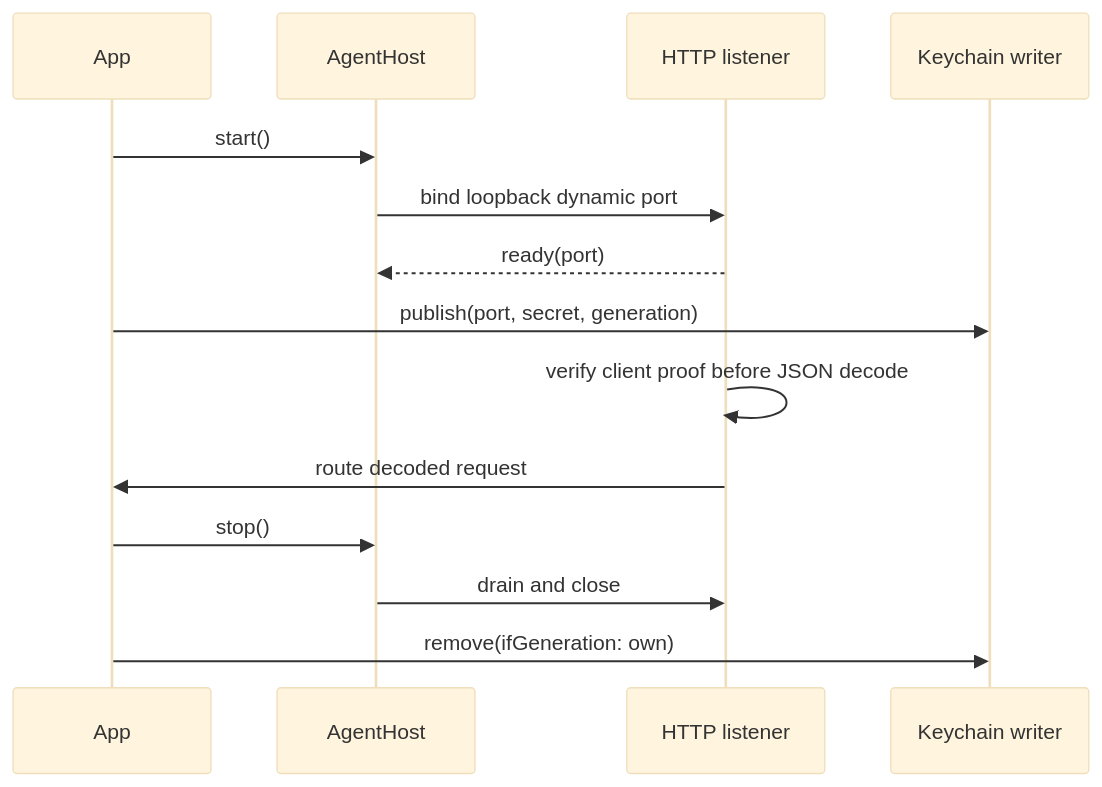
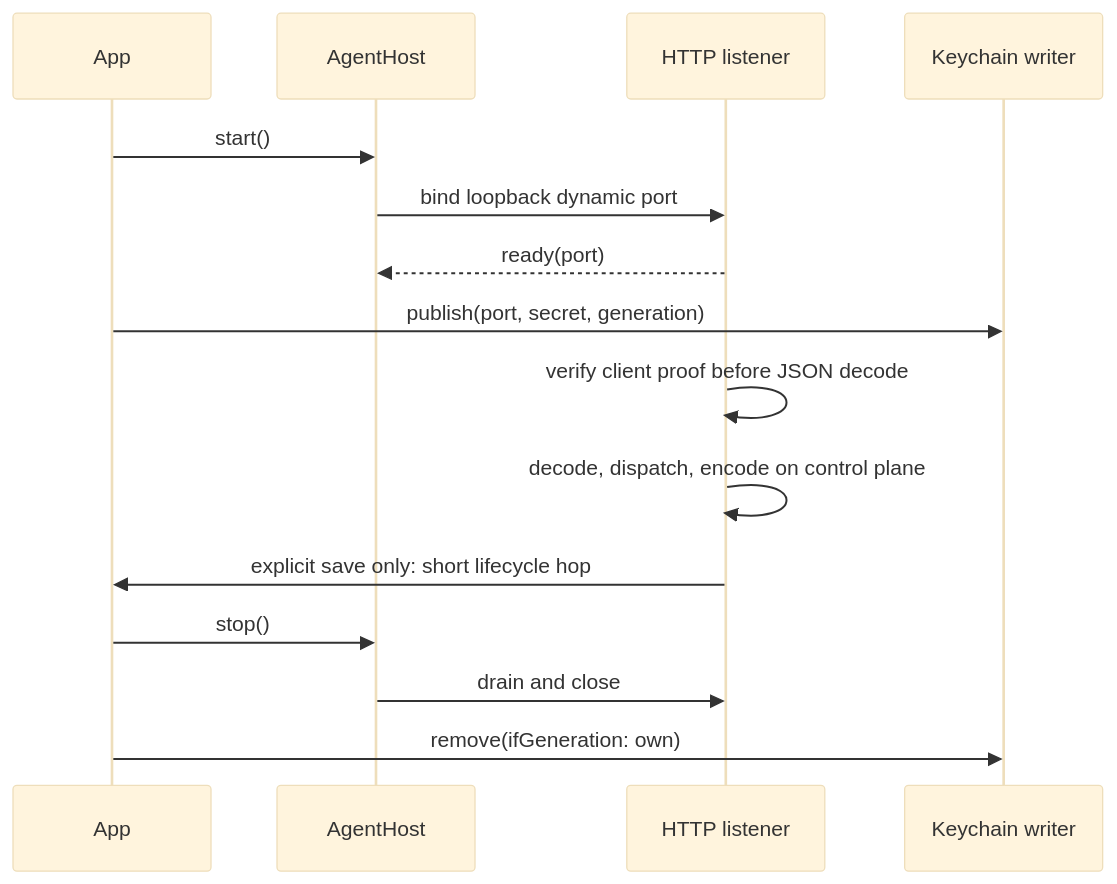
One commit to 1amageek/Rupa changed the second of 2 diagrams in RupaKit/Sources/RupaAgentUI/DESIGN.md. Above: the diagram before and after it, drawn with Mermaid (base theme). The commit also changed other lines of this file and 13 other files, not shown here.

````diff
--- a/RupaKit/Sources/RupaAgentUI/DESIGN.md
+++ b/RupaKit/Sources/RupaAgentUI/DESIGN.md
@@ -64,16 +78,17 @@
 ```mermaid
 sequenceDiagram
     participant A as App
     participant H as AgentHost
     participant L as HTTP listener
     participant K as Keychain writer
     A->>H: start()
     H->>L: bind loopback dynamic port
     L-->>H: ready(port)
     A->>K: publish(port, secret, generation)
     L->>L: verify client proof before JSON decode
-    L->>A: route decoded request
+    L->>L: decode, dispatch, encode on control plane
+    L->>A: explicit save only: short lifecycle hop
     A->>H: stop()
     H->>L: drain and close
     A->>K: remove(ifGeneration: own)
 ```
````
